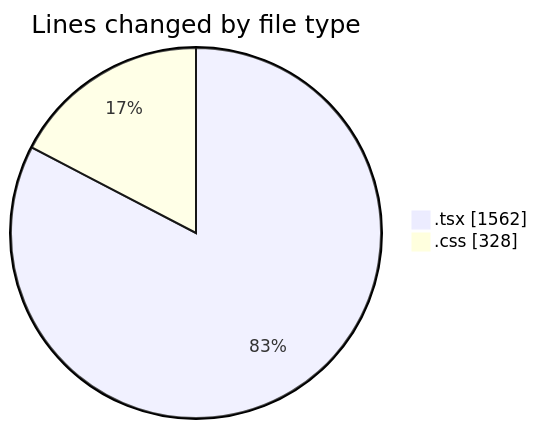
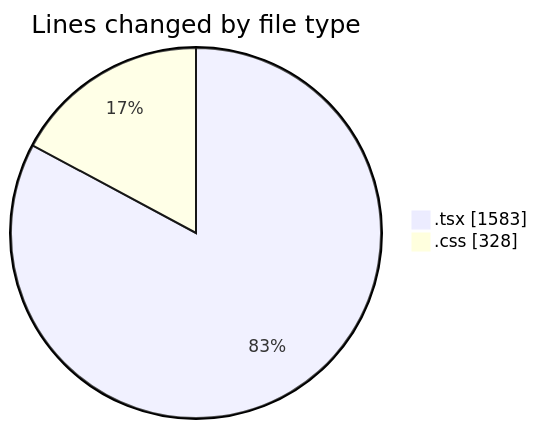
Before and after one commit to julien-gomy/code-tracking: the first of 2 diagrams in 2025-10-10/eventscop-frontend-guide__workspace_/README.md, drawn with Mermaid. The commit also changed other lines of this file and 1 other file, not shown here.

````diff
--- a/2025-10-10/eventscop-frontend-guide__workspace_/README.md
+++ b/2025-10-10/eventscop-frontend-guide__workspace_/README.md
@@ -25,6 +25,6 @@
 ```mermaid
 pie showData
 title Lines changed by file type
-".tsx" : 1562
+".tsx" : 1583
 ".css" : 328
 ```
````
